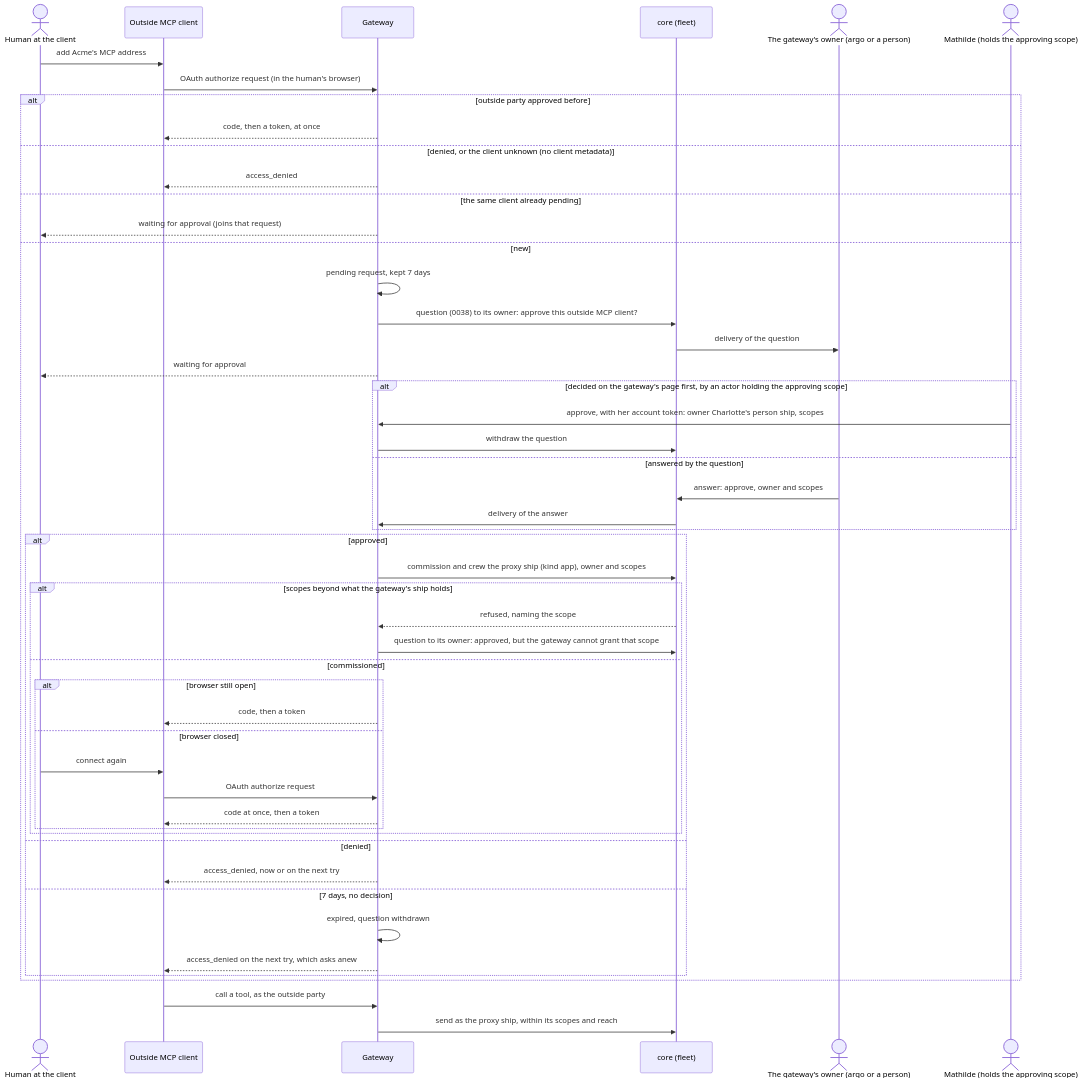
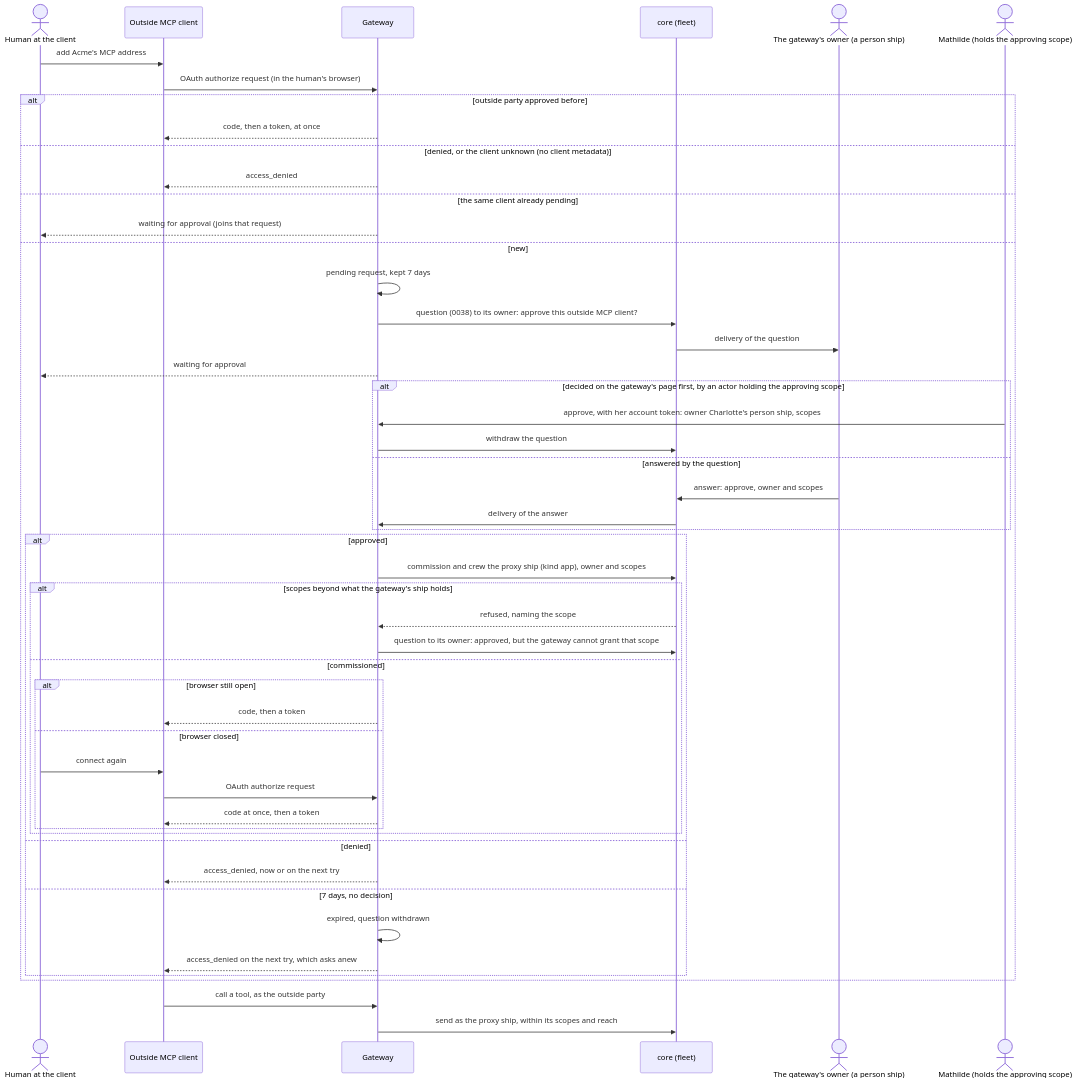
The ninth of 11 diagrams in docs/design/accounts/phase-2/flows.md (ThomasHendrickx/aeolus-fleet), drawn with Mermaid before and after one commit. The commit also changed other lines of this file and 7 other files, not shown here.

````diff
--- a/docs/design/accounts/phase-2/flows.md
+++ b/docs/design/accounts/phase-2/flows.md
@@ -319,52 +319,52 @@
 ```mermaid
 sequenceDiagram
   actor R as Human at the client
   participant MC as Outside MCP client
   participant G as Gateway
   participant C as core (fleet)
-  actor A as The gateway's owner (argo or a person)
+  actor A as The gateway's owner (a person ship)
   actor M as Mathilde (holds the approving scope)
   R->>MC: add Acme's MCP address
   MC->>G: OAuth authorize request (in the human's browser)
   alt outside party approved before
     G-->>MC: code, then a token, at once
   else denied, or the client unknown (no client metadata)
     G-->>MC: access_denied
   else the same client already pending
     G-->>R: waiting for approval (joins that request)
   else new
     G->>G: pending request, kept 7 days
     G->>C: question (0038) to its owner: approve this outside MCP client?
     C->>A: delivery of the question
     G-->>R: waiting for approval
     alt decided on the gateway's page first, by an actor holding the approving scope
       M->>G: approve, with her account token: owner Charlotte's person ship, scopes
       G->>C: withdraw the question
     else answered by the question
       A->>C: answer: approve, owner and scopes
       C->>G: delivery of the answer
     end
     alt approved
       G->>C: commission and crew the proxy ship (kind app), owner and scopes
       alt scopes beyond what the gateway's ship holds
         C-->>G: refused, naming the scope
         G->>C: question to its owner: approved, but the gateway cannot grant that scope
       else commissioned
         alt browser still open
           G-->>MC: code, then a token
         else browser closed
           R->>MC: connect again
           MC->>G: OAuth authorize request
           G-->>MC: code at once, then a token
         end
       end
     else denied
       G-->>MC: access_denied, now or on the next try
     else 7 days, no decision
       G->>G: expired, question withdrawn
       G-->>MC: access_denied on the next try, which asks anew
     end
   end
   MC->>G: call a tool, as the outside party
   G->>C: send as the proxy ship, within its scopes and reach
 ```
````
